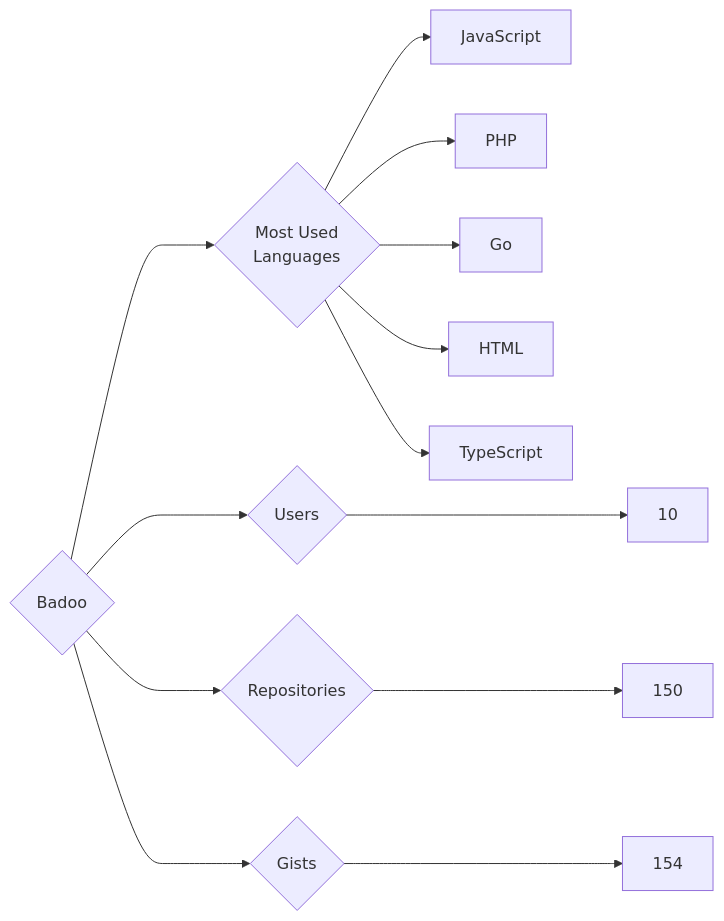
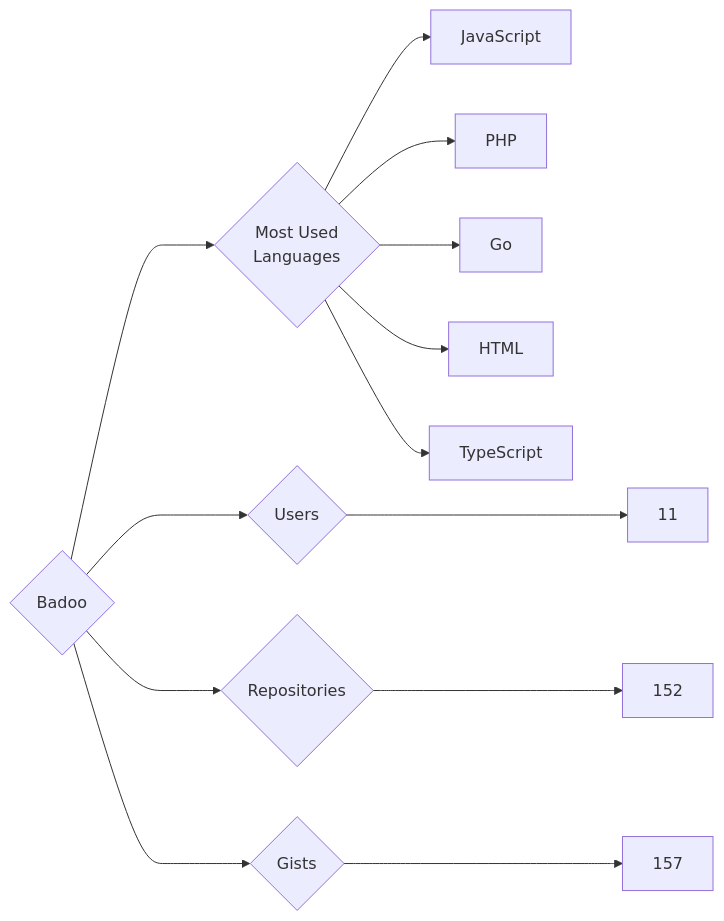
Before and after one commit to trickest/insiders: the diagram in targets/Badoo/README.md, drawn with Mermaid. The commit also changed 693 other files, not shown here.

````diff
--- a/targets/Badoo/README.md
+++ b/targets/Badoo/README.md
@@ -3,13 +3,13 @@
 ```mermaid
 graph LR
 COMPANY_NAME{Badoo}
-COMPANY_NAME ---> U{Users} ---> UN[10]
-COMPANY_NAME ---> R{Repositories} ---> RN[150]
-COMPANY_NAME ---> G{Gists} ---> GN[154]
+COMPANY_NAME ---> U{Users} ---> UN[11]
+COMPANY_NAME ---> R{Repositories} ---> RN[152]
+COMPANY_NAME ---> G{Gists} ---> GN[157]
 COMPANY_NAME ---> ML{Most Used<br>Languages}
 ML --> JavaScript[JavaScript]
 ML --> PHP[PHP]
 ML --> Go[Go]
 ML --> HTML[HTML]
 ML --> TypeScript[TypeScript]
 ```
````
